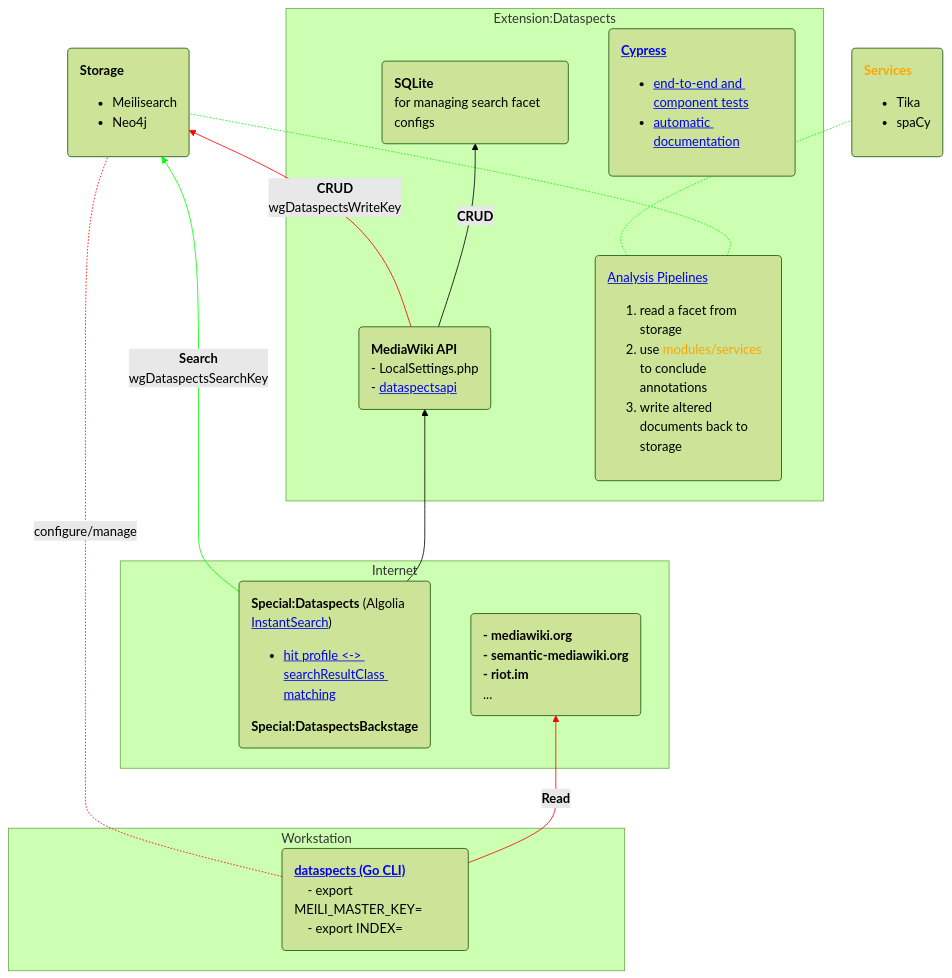
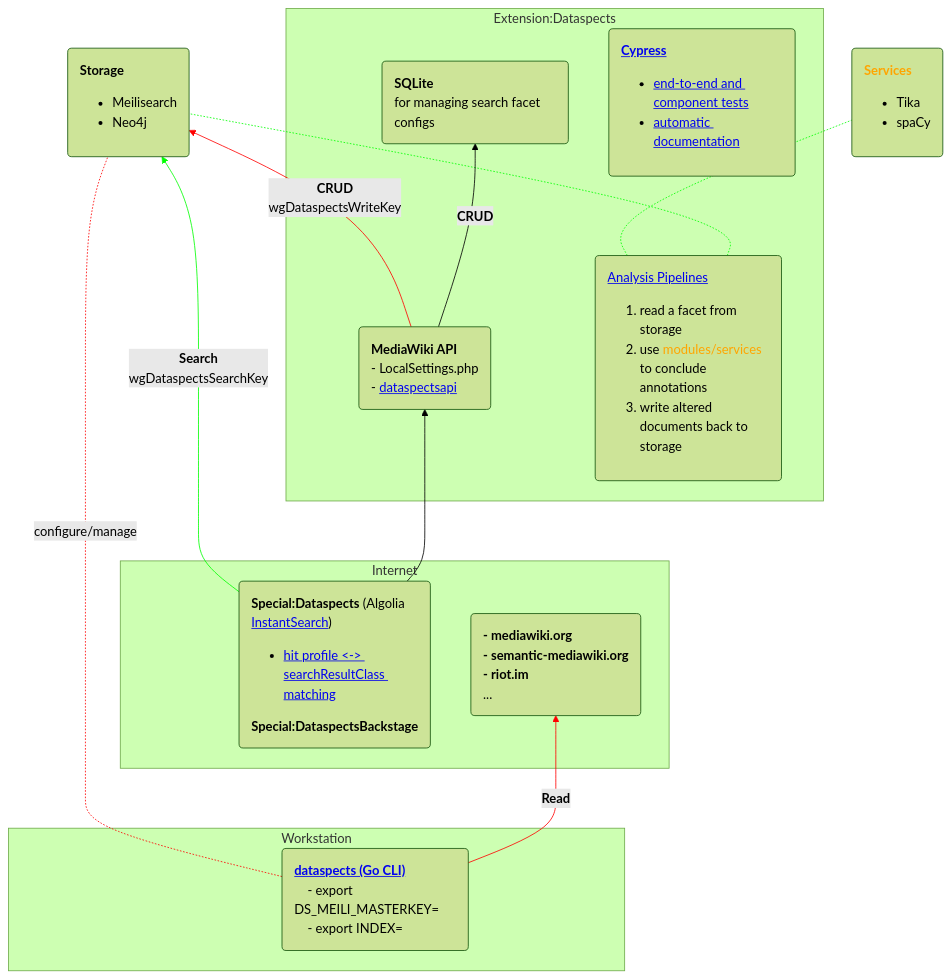
Before and after one commit to dataspects/mediawiki-extensions-Dataspects: the diagram in README.md, drawn with Mermaid (forest theme). The commit also changed other lines of this file and 14 other files, not shown here.

````diff
--- a/README.md
+++ b/README.md
@@ -7,38 +7,38 @@
 ```mermaid
 flowchart BT
 
   subgraph Extension:Dataspects
     mediawikiAPI("<b>MediaWiki API</b>
     - LocalSettings.php
     - <a href='https://mwstakeorg.dataspects.com/w/api.php?action=help&modules=dataspectsapi'>dataspectsapi</a>")
     sQLite("<b>SQLite</b><br/>for managing search facet configs")
     Cypress("<b><a href='https://www.cypress.io/'>Cypress</a></b><ul><li><a href='https://github.com/dataspects/mediawiki-extensions-Dataspects/tree/main/cypress/e2e'>end-to-end and component tests</a></li><li><a href='https://htmlpreview.github.io/?https://github.com/dataspects/mediawiki-extensions-Dataspects/blob/master/doc/search-facets.cy.js.html'>automatic documentation</a></li></ul>")
     AnalysisPipelines("<a href='https://github.com/dataspects/mediawiki-extensions-Dataspects/tree/main/src/jobs'>Analysis Pipelines</a><ol><li>read a facet from storage</li><li>use <span style='color:orange;'>modules/services</span> to conclude annotations</li><li>write altered documents back to storage</li></ol>")
   end
 
   storage("<b>Storage</b><ul><li>Meilisearch</li><li>Neo4j</li></ul>")
   analyzers("<b style='color:orange;'>Services</b><ul><li>Tika</li><li>spaCy</li></ul>")
 
   subgraph Internet
     userAgent("<b>Special:Dataspects</b> (Algolia <a href='https://www.algolia.com/doc/guides/building-search-ui/what-is-instantsearch/js/'>InstantSearch</a>)<ul><li><a href='https://github.com/dataspects/mediawiki-extensions-Dataspects/blob/main/resources/ext.dataspectsSearch/profiles.json'>hit profile <-> searchResultClass matching</a></li></ul><b>Special:DataspectsBackstage</b>")
     internetSources("<b>- mediawiki.org</b><br/><b>- semantic-mediawiki.org</b><br/><b>- riot.im</b><br/>...")
   end
 
   subgraph Workstation
     DataspectsCLI("<b><a href='https://github.com/dataspects/dataspects'>dataspects (Go CLI)</a></b>
-    - export MEILI_MASTER_KEY=
+    - export DS_MEILI_MASTERKEY=
     - export INDEX=")
   end
   DataspectsCLI-.-|configure/manage|storage
   userAgent-->|<b>Search</b><br/>wgDataspectsSearchKey|storage
   userAgent-->mediawikiAPI
   mediawikiAPI-->|<b>CRUD</b><br/>wgDataspectsWriteKey|storage
   AnalysisPipelines-.-analyzers
   AnalysisPipelines-.-storage
   DataspectsCLI-->|<b>Read</b>|internetSources
   mediawikiAPI-->|<b>CRUD</b>|sQLite
 
 classDef default text-align:left;
 linkStyle 0,3,6 stroke:#ff0000
 linkStyle 1,4,5 stroke:#00ff00
 ```
````
